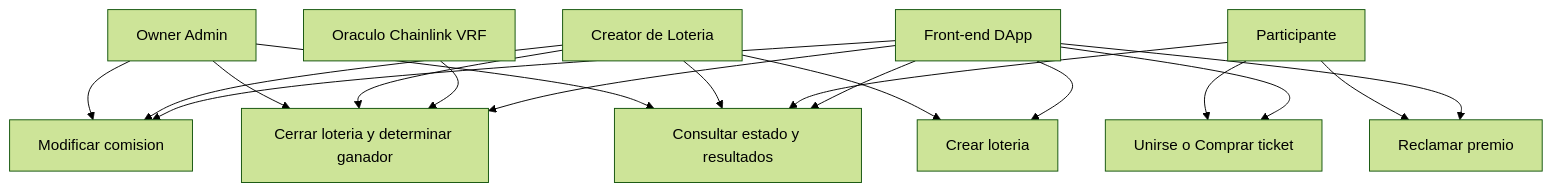
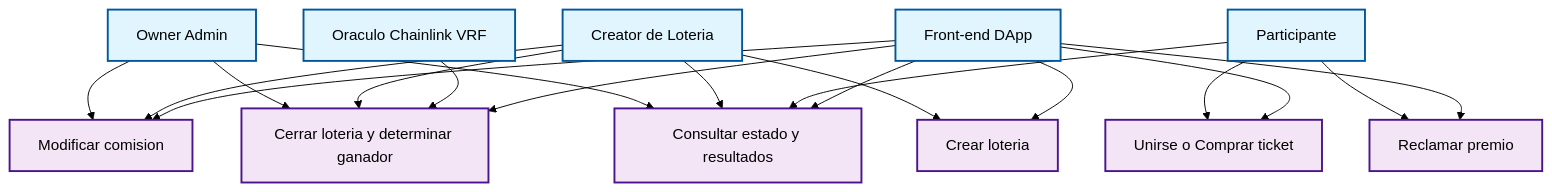
One commit to DIEGODOPAZO/BlockChain_p1 changed the diagram in Ejercicio5/README.md. Above: the diagram before and after it, drawn with Mermaid (forest theme). The commit also changed other lines of this file, not shown here.

````diff
--- a/Ejercicio5/README.md
+++ b/Ejercicio5/README.md
@@ -112,41 +112,49 @@
 ```mermaid
 graph TD
-    %% Actores
+    %% Actores (parte superior)
     A[Owner Admin]
     B[Creator de Loteria]
     C[Participante]
     D[Oraculo Chainlink VRF]
     E[Front-end DApp]
 
-    %% Casos de uso
+    %% Casos de uso (parte inferior)
     UC1[Crear loteria]
     UC2[Unirse o Comprar ticket]
     UC3[Modificar comision]
     UC4[Cerrar loteria y determinar ganador]
     UC5[Reclamar premio]
     UC6[Consultar estado y resultados]
 
-    %% Relaciones
+    %% Relaciones verticales
     A --> UC3
     A --> UC4
     A --> UC6
 
     B --> UC1
     B --> UC3
     B --> UC4
     B --> UC6
 
     C --> UC2
     C --> UC5
     C --> UC6
 
     D --> UC4
 
     E --> UC1
     E --> UC2
     E --> UC3
     E --> UC4
     E --> UC5
     E --> UC6
 
+    %% Estilo para diferenciar
+    classDef actor fill:#e1f5fe,stroke:#01579b,stroke-width:2px
+    classDef useCase fill:#f3e5f5,stroke:#4a148c,stroke-width:2px
+    
+    class A,B,C,D,E actor
+    class UC1,UC2,UC3,UC4,UC5,UC6 useCase
+
+
 ```
````
